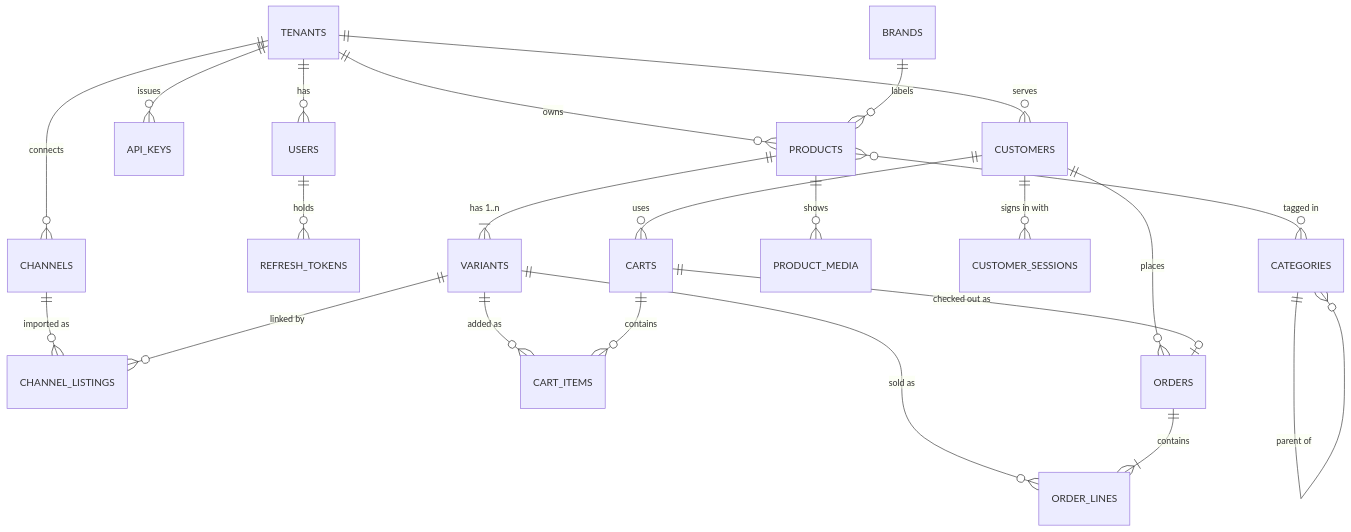
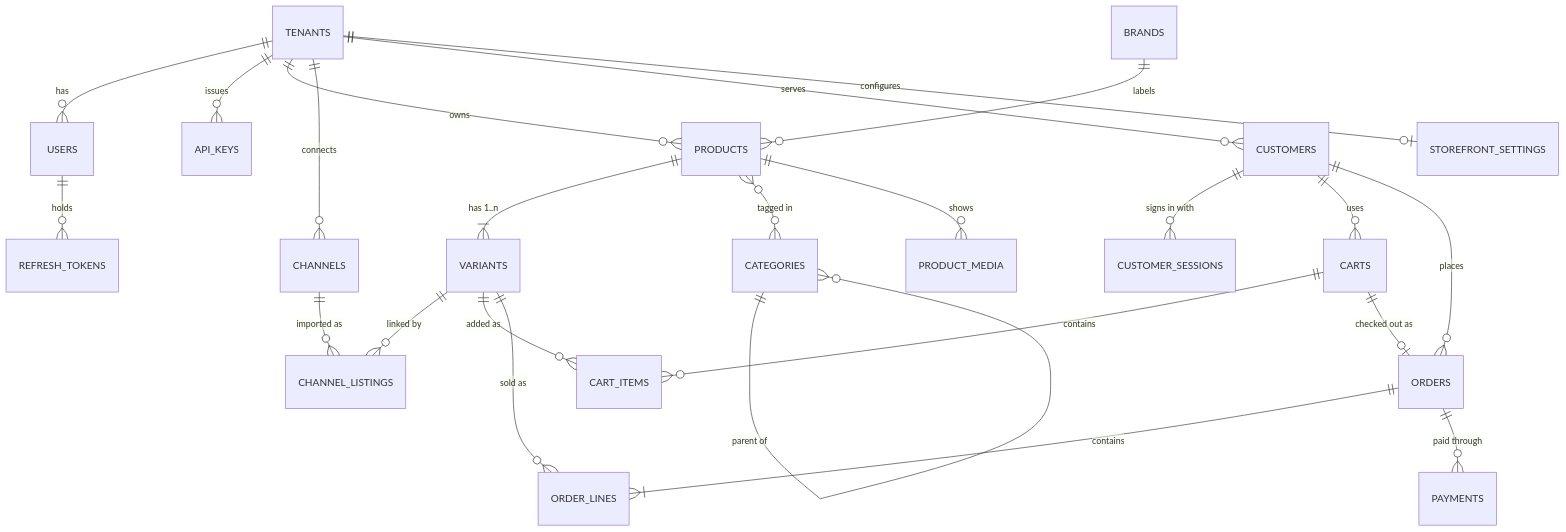
One commit to miqbalhamdani/new-commerce-contracts changed the diagram in 03-erd.md. Above: the diagram before and after it, drawn with Mermaid. The commit also changed other lines of this file and 6 other files, not shown here.

````diff
--- a/03-erd.md
+++ b/03-erd.md
@@ -12,24 +12,26 @@
 ```mermaid
 erDiagram
   TENANTS ||--o{ USERS : has
   TENANTS ||--o{ API_KEYS : issues
   TENANTS ||--o{ PRODUCTS : owns
   TENANTS ||--o{ CHANNELS : connects
   TENANTS ||--o{ CUSTOMERS : serves
   USERS ||--o{ REFRESH_TOKENS : holds
   BRANDS ||--o{ PRODUCTS : labels
   PRODUCTS ||--|{ VARIANTS : "has 1..n"
   PRODUCTS }o--o{ CATEGORIES : "tagged in"
   CATEGORIES ||--o{ CATEGORIES : "parent of"
   PRODUCTS ||--o{ PRODUCT_MEDIA : shows
   CHANNELS ||--o{ CHANNEL_LISTINGS : "imported as"
   VARIANTS ||--o{ CHANNEL_LISTINGS : "linked by"
   VARIANTS ||--o{ CART_ITEMS : "added as"
   VARIANTS ||--o{ ORDER_LINES : "sold as"
   CUSTOMERS ||--o{ CUSTOMER_SESSIONS : "signs in with"
   CUSTOMERS ||--o{ CARTS : uses
   CUSTOMERS ||--o{ ORDERS : places
   CARTS ||--o{ CART_ITEMS : contains
   CARTS ||--o| ORDERS : "checked out as"
   ORDERS ||--|{ ORDER_LINES : contains
+  ORDERS ||--o{ PAYMENTS : "paid through"
+  TENANTS ||--o| STOREFRONT_SETTINGS : configures
 ```
````
